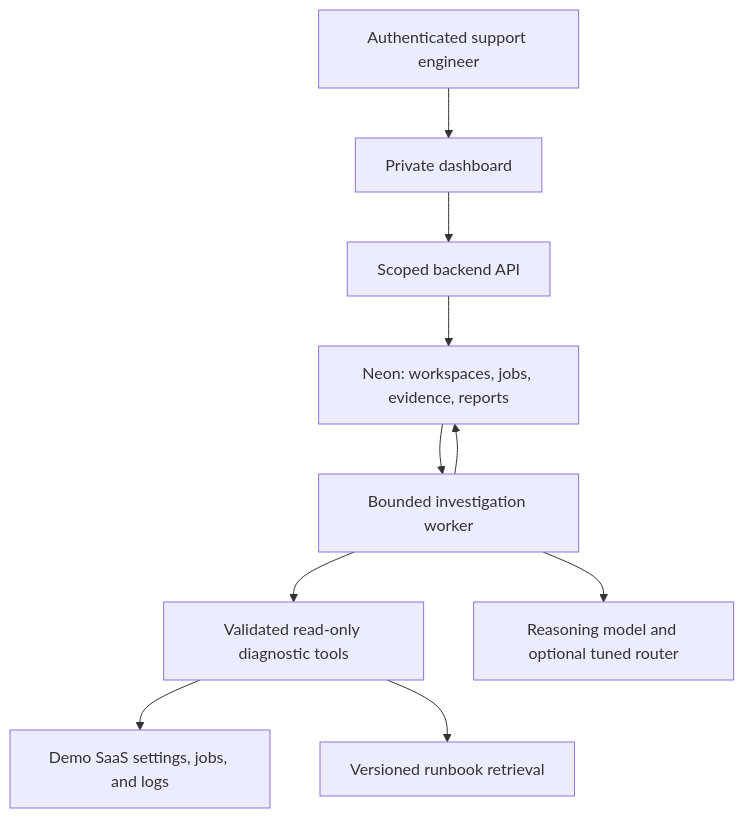
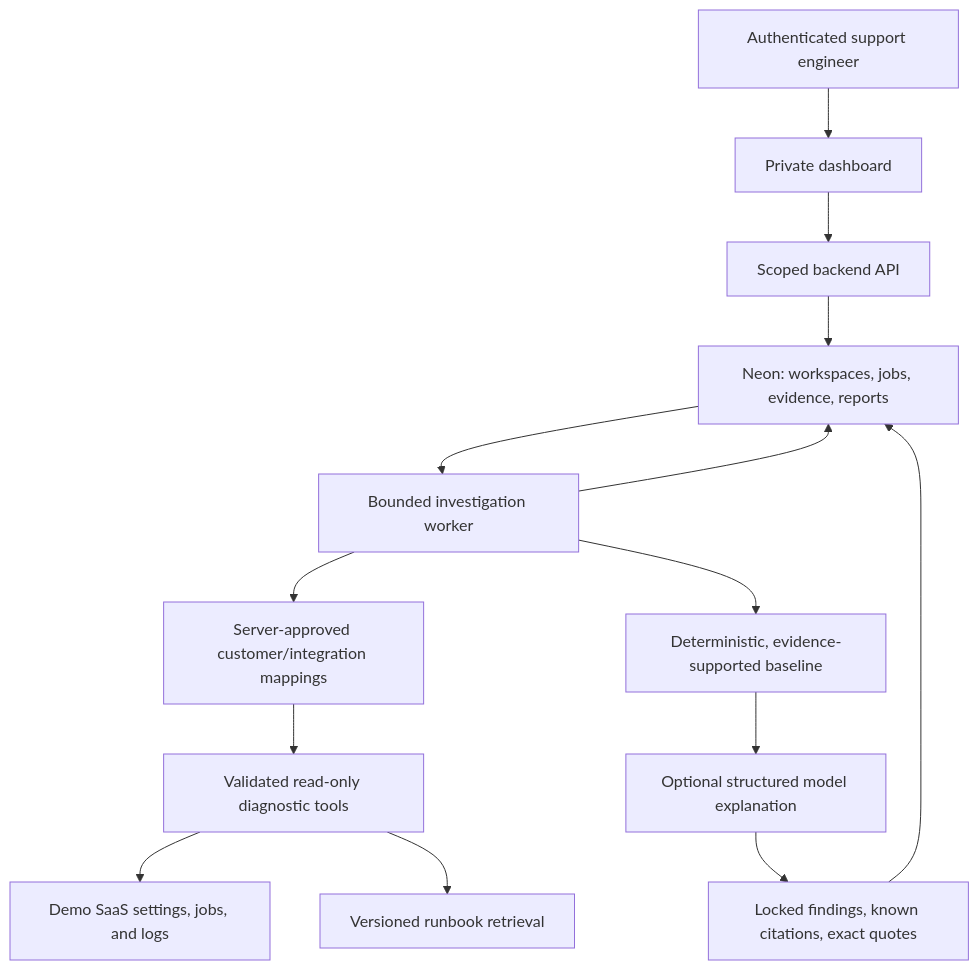
One commit to Asharp97/FaultBrief changed the second of 2 diagrams in docs/architecture.md. Above: the diagram before and after it, drawn with Mermaid. The commit also changed other lines of this file and 54 other files, not shown here.

Commit message:
feat: add baseline investigation worker and dashboard

````diff
--- a/docs/architecture.md
+++ b/docs/architecture.md
@@ -21,12 +21,16 @@
 ```mermaid
 flowchart TD
     User["Authenticated support engineer"] --> Dashboard["Private dashboard"]
     Dashboard --> API["Scoped backend API"]
     API --> DB["Neon: workspaces, jobs, evidence, reports"]
     DB --> Worker["Bounded investigation worker"]
-    Worker --> Tools["Validated read-only diagnostic tools"]
+    Worker --> Bindings["Server-approved customer/integration mappings"]
+    Bindings --> Tools["Validated read-only diagnostic tools"]
     Tools --> Demo["Demo SaaS settings, jobs, and logs"]
     Tools --> Docs["Versioned runbook retrieval"]
-    Worker --> Model["Reasoning model and optional tuned router"]
+    Worker --> Rules["Deterministic, evidence-supported baseline"]
+    Rules --> Model["Optional structured model explanation"]
+    Model --> Validation["Locked findings, known citations, exact quotes"]
+    Validation --> DB
     Worker --> DB
 ```
````
